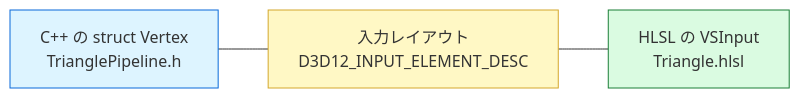
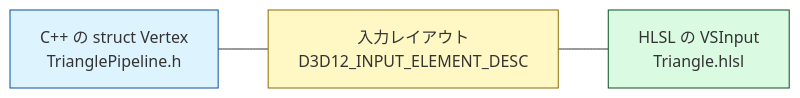
Before and after one commit to Tomonorarari-Think/DirectX12Dev: the diagram in docs/tutorial/06_三角形を描く.md, drawn with Mermaid. The commit also changed 24 other files, not shown here.

First line of the commit message:
fix: 図の配色を見直し、コントラスト比を 7:1 以上に引き上げる

````diff
--- a/docs/tutorial/06_三角形を描く.md
+++ b/docs/tutorial/06_三角形を描く.md
@@ -68,9 +68,9 @@
 ```mermaid
 flowchart LR
     A["C++ の struct Vertex<br/>TrianglePipeline.h"] --- B["入力レイアウト<br/>D3D12_INPUT_ELEMENT_DESC"]
     B --- C["HLSL の VSInput<br/>Triangle.hlsl"]
 
-    style A fill:#ddf4ff,stroke:#0969da
-    style B fill:#fff8c5,stroke:#d4a72c
-    style C fill:#dafbe1,stroke:#1a7f37
+    style A fill:#ddf4ff,stroke:#0a4f9e
+    style B fill:#fff8c5,stroke:#8a6d00
+    style C fill:#dafbe1,stroke:#0d4f21
 ```
````
